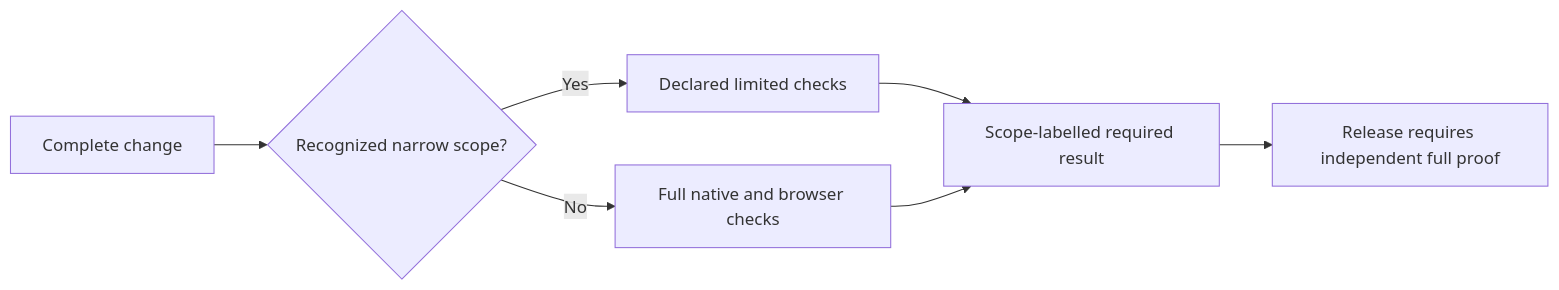
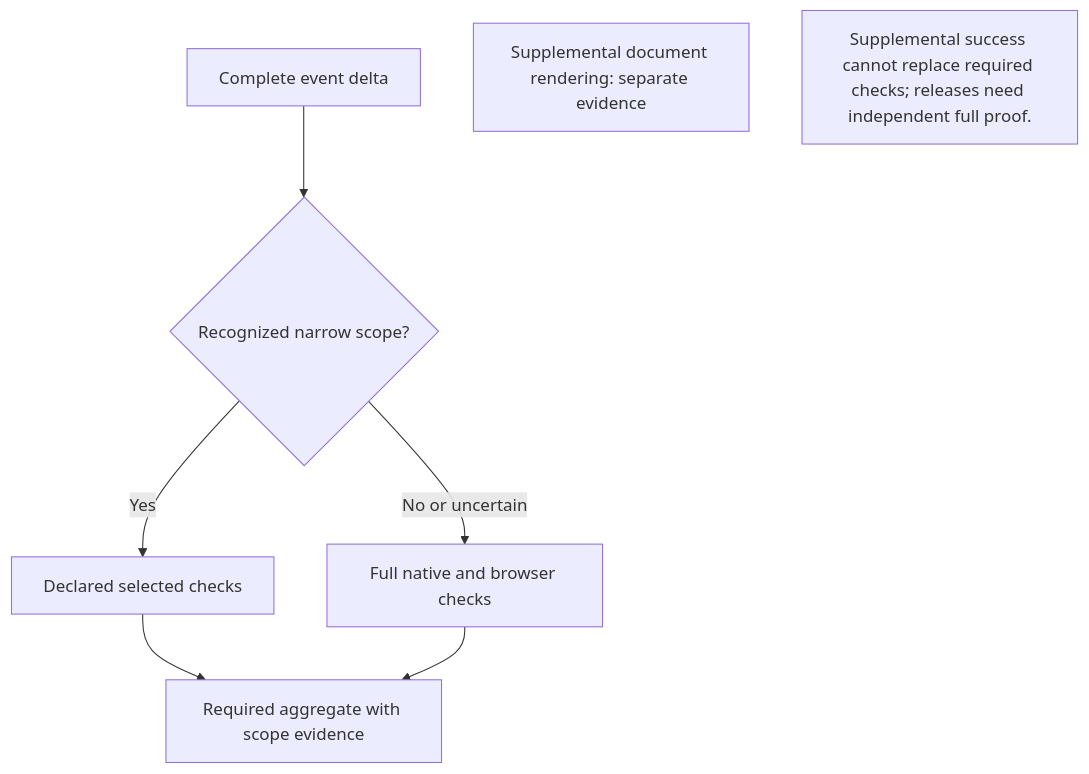
Before and after one commit to webkaz-labs/sobalink: the diagram in docs/CI_EFFICIENCY.en.md, drawn with Mermaid. The commit also changed other lines of this file and 238 other files, not shown here.

First line of the commit message:
docs: explain workflows with distinct diagrams and real screen examples (#60)

````diff
--- a/docs/CI_EFFICIENCY.en.md
+++ b/docs/CI_EFFICIENCY.en.md
@@ -13,9 +13,13 @@
 ```mermaid
-flowchart LR
-    A[Complete change] --> B{Recognized narrow scope?}
-    B -->|Yes| C[Declared limited checks]
-    B -->|No| D[Full native and browser checks]
-    C --> E[Scope-labelled required result]
-    D --> E
-    E --> F[Release requires independent full proof]
+flowchart TD
+ accTitle: Selected checks still require the aggregate
+ accDescr: Supplemental success cannot replace required checks; releases need independent full proof.
+ A["Complete event delta"] --> B{"Recognized narrow scope?"}
+ B -->|Yes| C["Declared selected checks"]
+ B -->|No or uncertain| D["Full native and browser checks"]
+ C --> E["Required aggregate with scope evidence"]
+ D --> E
+ F["Supplemental document rendering: separate evidence"]
+
+ LIMIT["Supplemental success cannot replace required checks; releases need independent full proof."]
 ```
````
